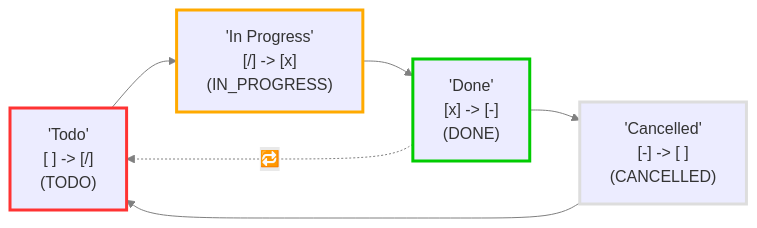
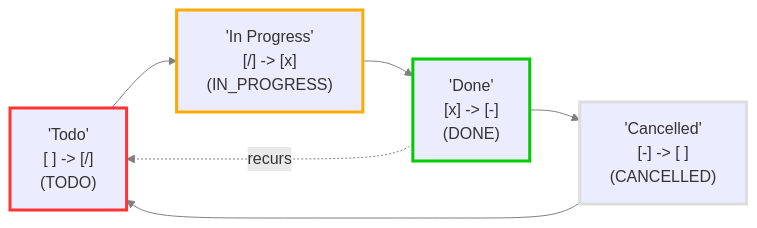
One commit to jincechen/obsidian-tasks changed the second of 3 diagrams in docs/Getting Started/Statuses/Recurring Tasks and Custom Statuses.md. Above: the diagram before and after it, drawn with Mermaid. The commit also changed 65 other files, not shown here.

````diff
--- a/docs/Getting Started/Statuses/Recurring Tasks and Custom Statuses.md
+++ b/docs/Getting Started/Statuses/Recurring Tasks and Custom Statuses.md
@@ -121,22 +121,22 @@
 ```mermaid
 flowchart LR
 
 classDef TODO        stroke:#f33,stroke-width:3px;
 classDef DONE        stroke:#0c0,stroke-width:3px;
 classDef IN_PROGRESS stroke:#fa0,stroke-width:3px;
 classDef CANCELLED   stroke:#ddd,stroke-width:3px;
 classDef NON_TASK    stroke:#99e,stroke-width:3px;
 classDef ON_HOLD     stroke:#00f,stroke-width:3px;
 
 1["'Todo'<br>[ ] -> [/]<br>(TODO)"]:::TODO
 2["'Done'<br>[x] -> [-]<br>(DONE)"]:::DONE
 3["'In Progress'<br>[/] -> [x]<br>(IN_PROGRESS)"]:::IN_PROGRESS
 4["'Cancelled'<br>[-] -> [ ]<br>(CANCELLED)"]:::CANCELLED
 1 --> 3
 2 --> 4
-2-. "🔁" .-> 1
+2-. "recurs" .-> 1
 3 --> 2
 4 --> 1
 
 linkStyle default stroke:gray
 ```
````
